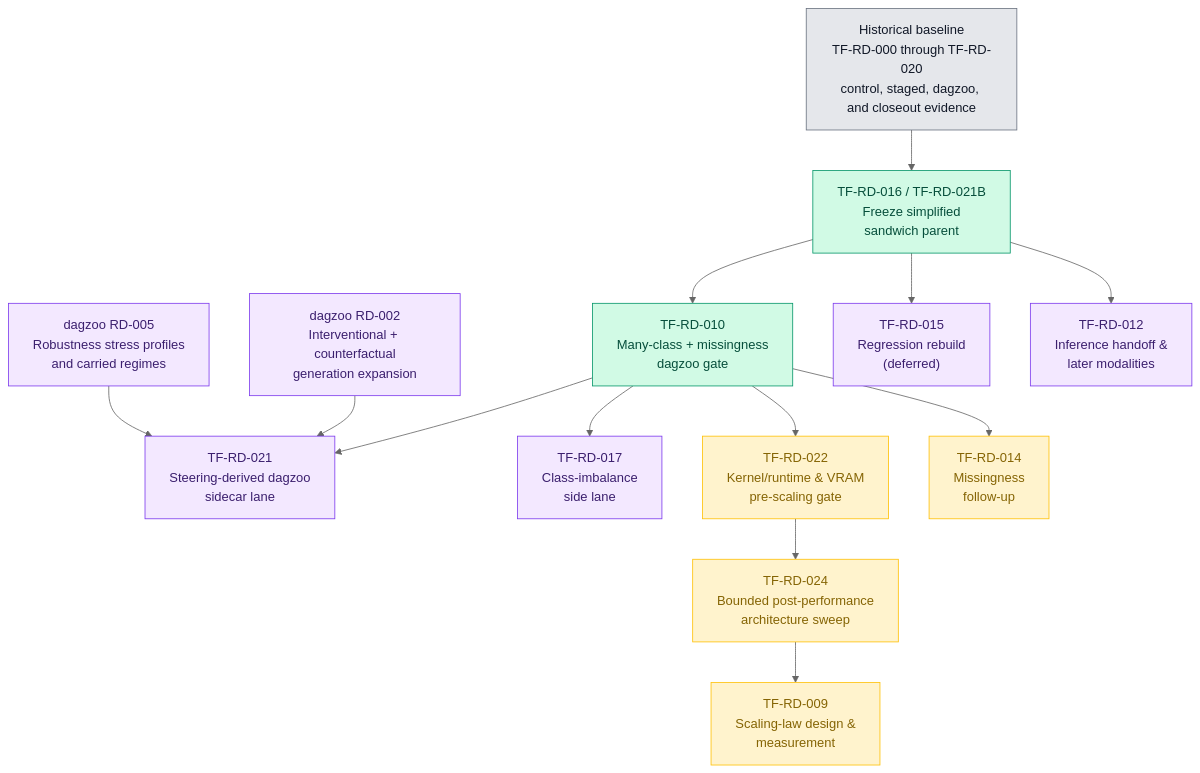
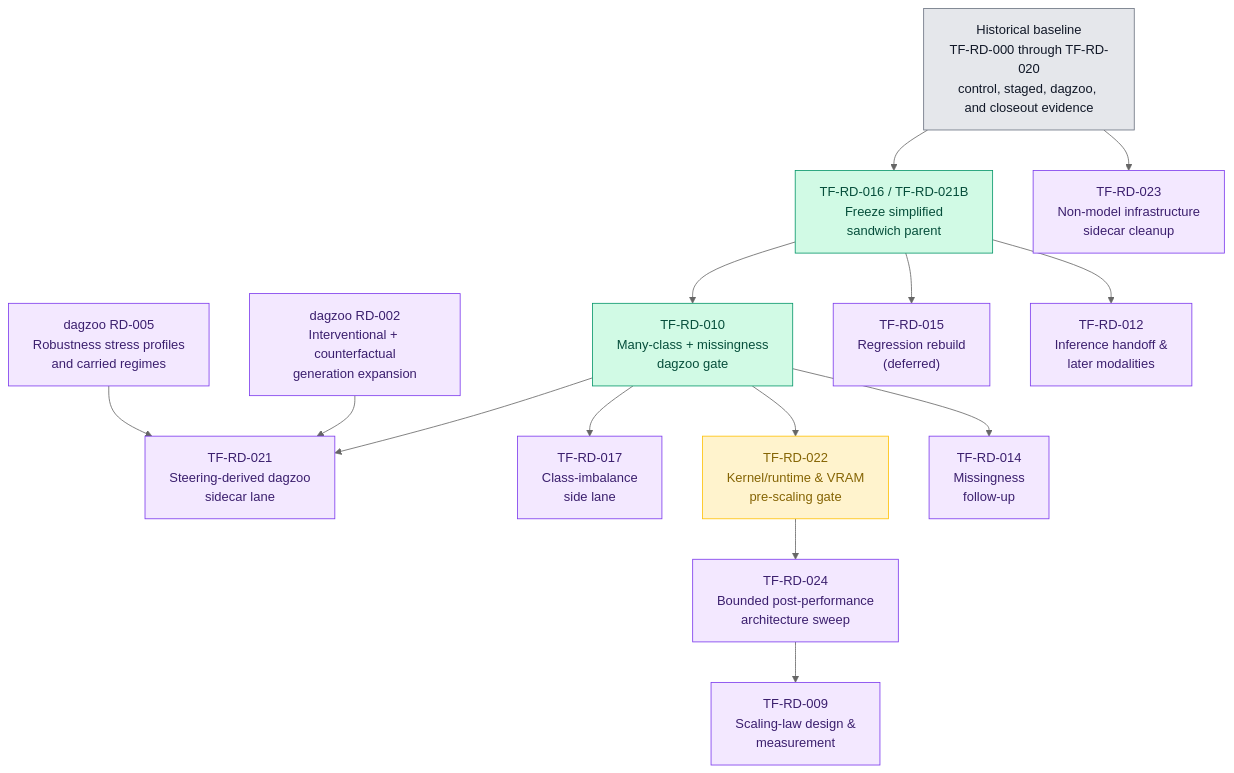
The diagram in docs/development/roadmap.md (bensonlee5/tab-foundry), drawn with Mermaid (neutral theme) before and after one commit. The commit also changed other lines of this file and 15 other files, not shown here.

Commit message:
stabilize roadmap and foundation checks

````diff
--- a/docs/development/roadmap.md
+++ b/docs/development/roadmap.md
@@ -152,40 +155,42 @@
 ```mermaid
 flowchart TD
     HIST["Historical baseline<br/>TF-RD-000 through TF-RD-020<br/>control, staged, dagzoo, and closeout evidence"]
     RD016["TF-RD-016 / TF-RD-021B<br/>Freeze simplified<br/>sandwich parent"]
     RD010["TF-RD-010<br/>Many-class + missingness<br/>dagzoo gate"]
     RD021["TF-RD-021<br/>Steering-derived dagzoo<br/>sidecar lane"]
     DZ002["dagzoo RD-002<br/>Interventional + counterfactual<br/>generation expansion"]
     DZ005["dagzoo RD-005<br/>Robustness stress profiles<br/>and carried regimes"]
     RD017["TF-RD-017<br/>Class-imbalance<br/>side lane"]
     RD022["TF-RD-022<br/>Kernel/runtime & VRAM<br/>pre-scaling gate"]
+    RD023["TF-RD-023<br/>Non-model infrastructure<br/>sidecar cleanup"]
     RD024["TF-RD-024<br/>Bounded post-performance<br/>architecture sweep"]
     RD014["TF-RD-014<br/>Missingness<br/>follow-up"]
     RD015["TF-RD-015<br/>Regression rebuild<br/>(deferred)"]
     RD012["TF-RD-012<br/>Inference handoff &<br/>later modalities"]
     RD009["TF-RD-009<br/>Scaling-law design &<br/>measurement"]
 
     HIST --> RD016
     RD016 --> RD010
     RD010 --> RD022
+    HIST --> RD023
     RD022 --> RD024
     RD024 --> RD009
     RD010 --> RD021
     DZ002 --> RD021
     DZ005 --> RD021
     RD010 --> RD014
     RD010 --> RD017
     RD016 --> RD015
     RD016 --> RD012
 
     classDef hist fill:#e5e7eb,stroke:#6b7280,color:#111827;
     classDef done fill:#d1fae5,stroke:#059669,color:#064e3b;
     classDef readyNow fill:#fff3cd,stroke:#ffc107,color:#856404;
     classDef gate fill:#fff1d6,stroke:#c67a00,color:#3d2a00;
     classDef later fill:#f3e8ff,stroke:#7c3aed,color:#3b1f6e;
 
     class HIST hist;
     class RD010,RD016 done;
-    class RD022,RD024,RD009,RD014 readyNow;
-    class DZ002,DZ005,RD021,RD012,RD015,RD017 later;
+    class RD022 readyNow;
+    class DZ002,DZ005,RD021,RD012,RD014,RD015,RD017,RD023,RD024,RD009 later;
 ```
````
